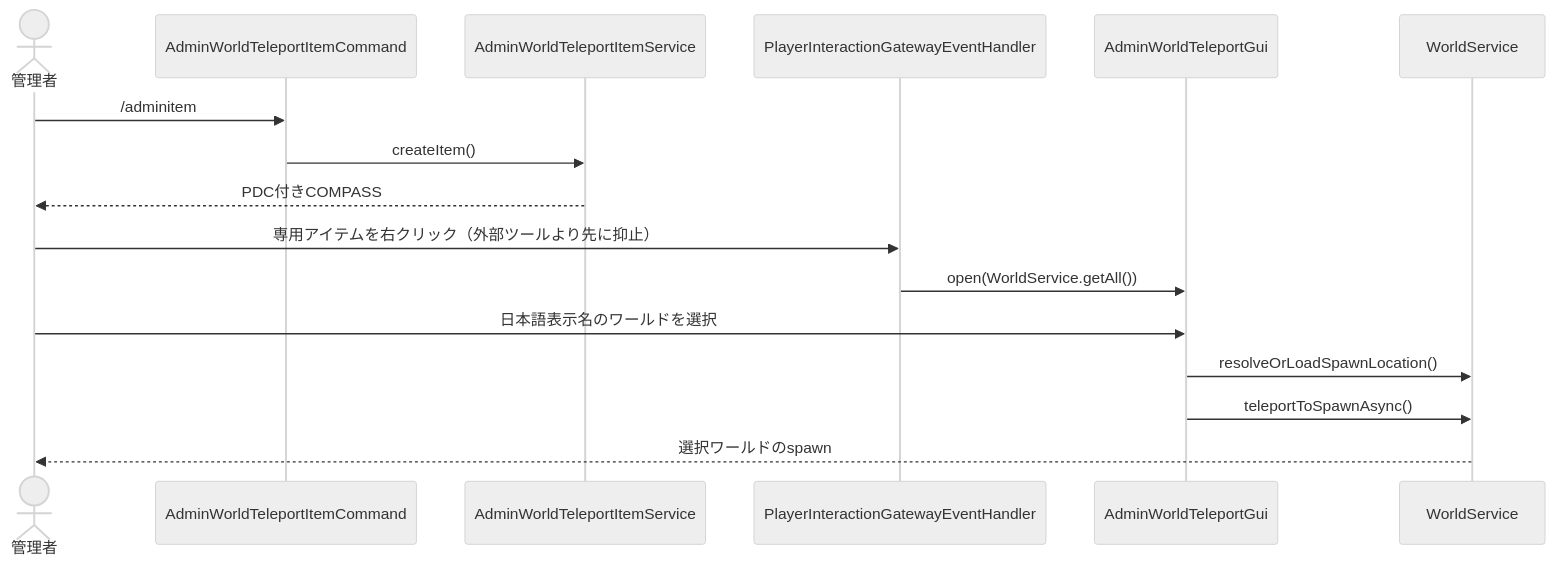
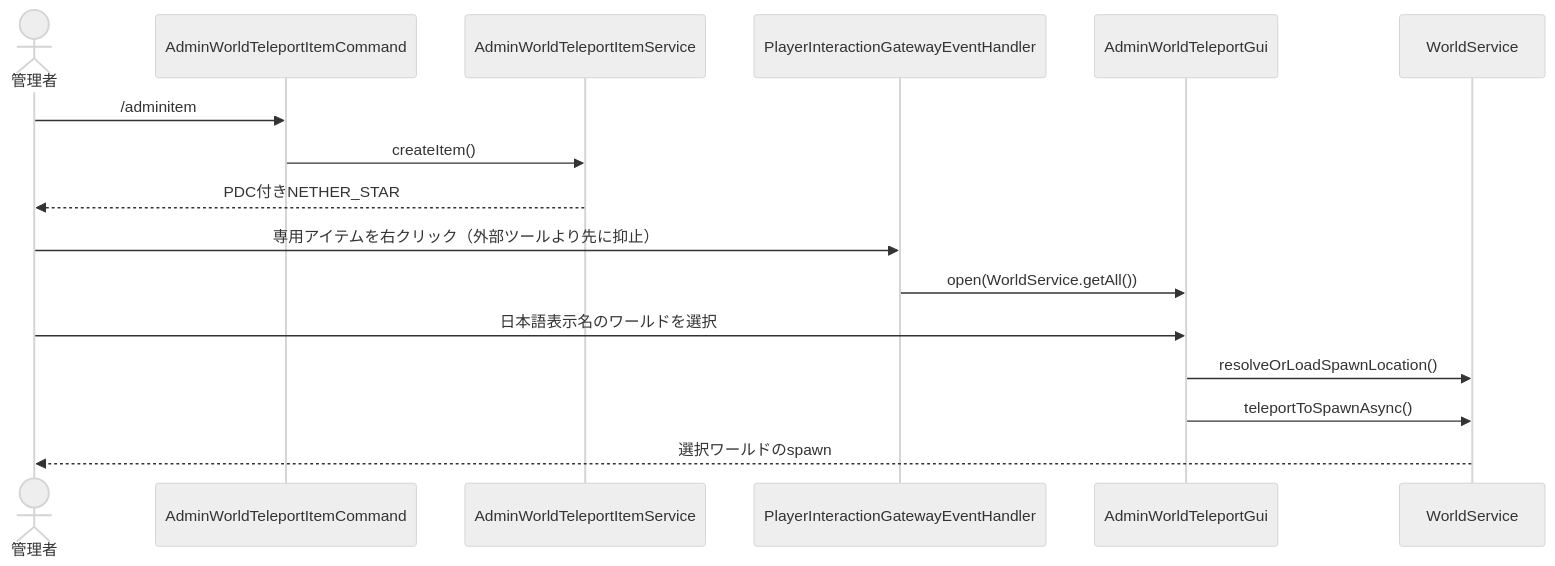
One commit to maaasu/AstralRecord-Workspace changed the sixth of 6 diagrams in 00_docs/10_Plugin設計書/feature/17-world/17_4-統合フロー.md. Above: the diagram before and after it, drawn with Mermaid (neutral theme). The commit also changed 6 other files, not shown here.

````diff
--- a/00_docs/10_Plugin設計書/feature/17-world/17_4-統合フロー.md
+++ b/00_docs/10_Plugin設計書/feature/17-world/17_4-統合フロー.md
@@ -185,18 +185,18 @@
 ```mermaid
 sequenceDiagram
     actor Admin as 管理者
     participant Command as AdminWorldTeleportItemCommand
     participant Item as AdminWorldTeleportItemService
     participant Gateway as PlayerInteractionGatewayEventHandler
     participant GUI as AdminWorldTeleportGui
     participant World as WorldService
     Admin->>Command: /adminitem
     Command->>Item: createItem()
-    Item-->>Admin: PDC付きCOMPASS
+    Item-->>Admin: PDC付きNETHER_STAR
     Admin->>Gateway: 専用アイテムを右クリック（外部ツールより先に抑止）
     Gateway->>GUI: open(WorldService.getAll())
     Admin->>GUI: 日本語表示名のワールドを選択
     GUI->>World: resolveOrLoadSpawnLocation()
     GUI->>World: teleportToSpawnAsync()
     World-->>Admin: 選択ワールドのspawn
 ```
````
